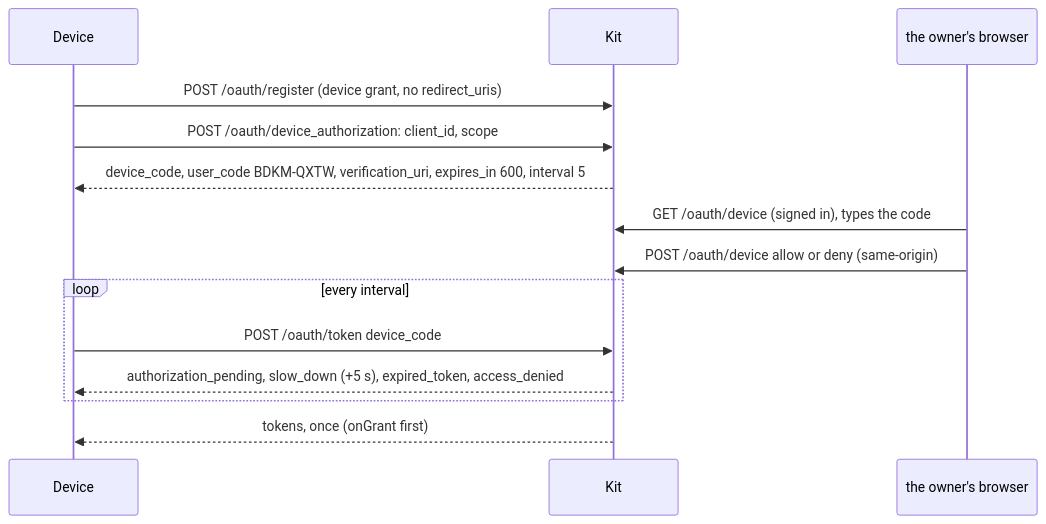
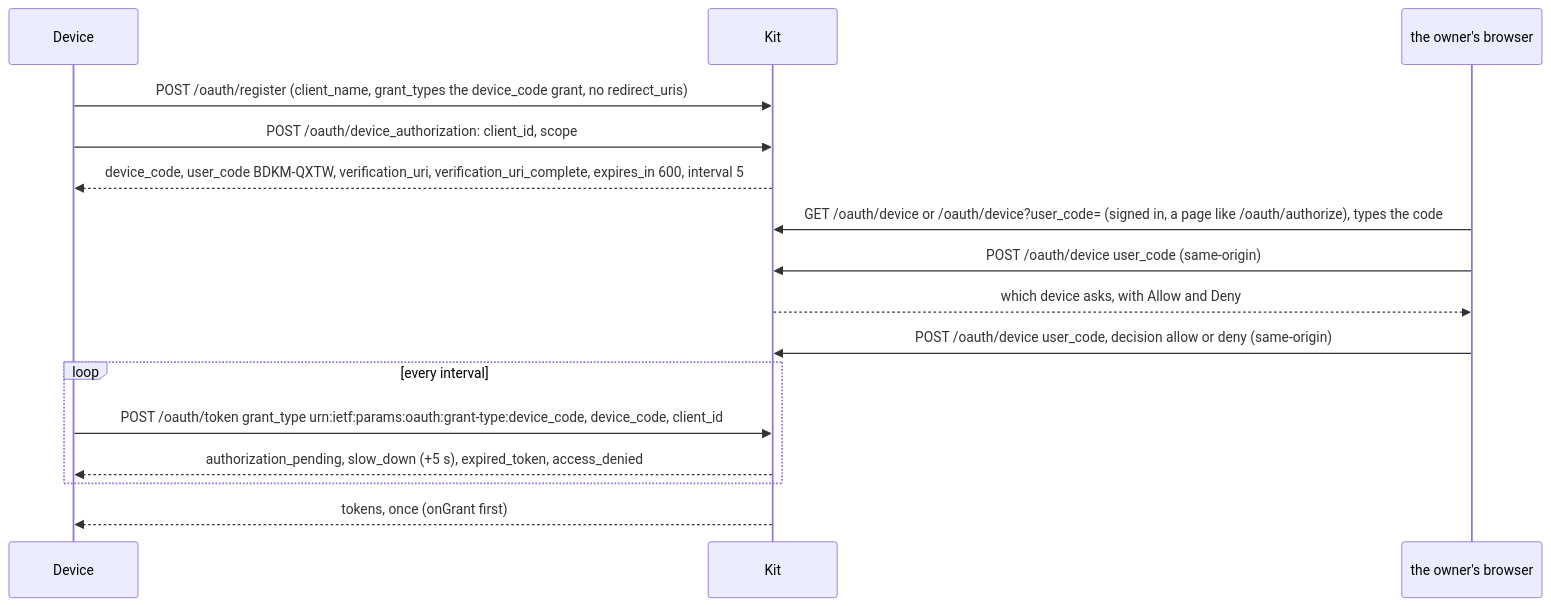
The sixth of 7 diagrams in src/oauth/README.md (escalay/api-kit), drawn with Mermaid before and after one commit. The commit also changed other lines of this file and 11 other files, not shown here.

````diff
--- a/src/oauth/README.md
+++ b/src/oauth/README.md
@@ -323,16 +323,18 @@
 ```mermaid
 sequenceDiagram
   participant Device
   participant Kit
   participant Owner as the owner's browser
-  Device->>Kit: POST /oauth/register (device grant, no redirect_uris)
+  Device->>Kit: POST /oauth/register (client_name, grant_types the device_code grant, no redirect_uris)
   Device->>Kit: POST /oauth/device_authorization: client_id, scope
-  Kit-->>Device: device_code, user_code BDKM-QXTW, verification_uri, expires_in 600, interval 5
-  Owner->>Kit: GET /oauth/device (signed in), types the code
-  Owner->>Kit: POST /oauth/device allow or deny (same-origin)
+  Kit-->>Device: device_code, user_code BDKM-QXTW, verification_uri, verification_uri_complete, expires_in 600, interval 5
+  Owner->>Kit: GET /oauth/device or /oauth/device?user_code= (signed in, a page like /oauth/authorize), types the code
+  Owner->>Kit: POST /oauth/device user_code (same-origin)
+  Kit-->>Owner: which device asks, with Allow and Deny
+  Owner->>Kit: POST /oauth/device user_code, decision allow or deny (same-origin)
   loop every interval
-    Device->>Kit: POST /oauth/token device_code
+    Device->>Kit: POST /oauth/token grant_type urn:ietf:params:oauth:grant-type:device_code, device_code, client_id
     Kit-->>Device: authorization_pending, slow_down (+5 s), expired_token, access_denied
   end
   Kit-->>Device: tokens, once (onGrant first)
 ```
````
